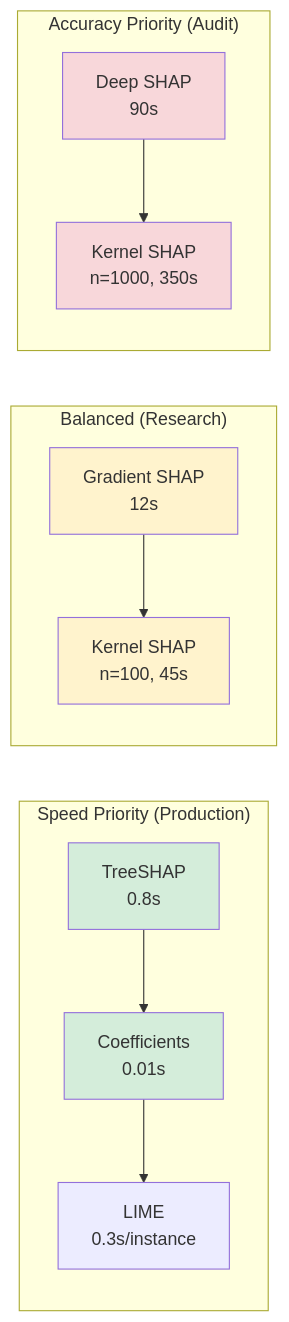
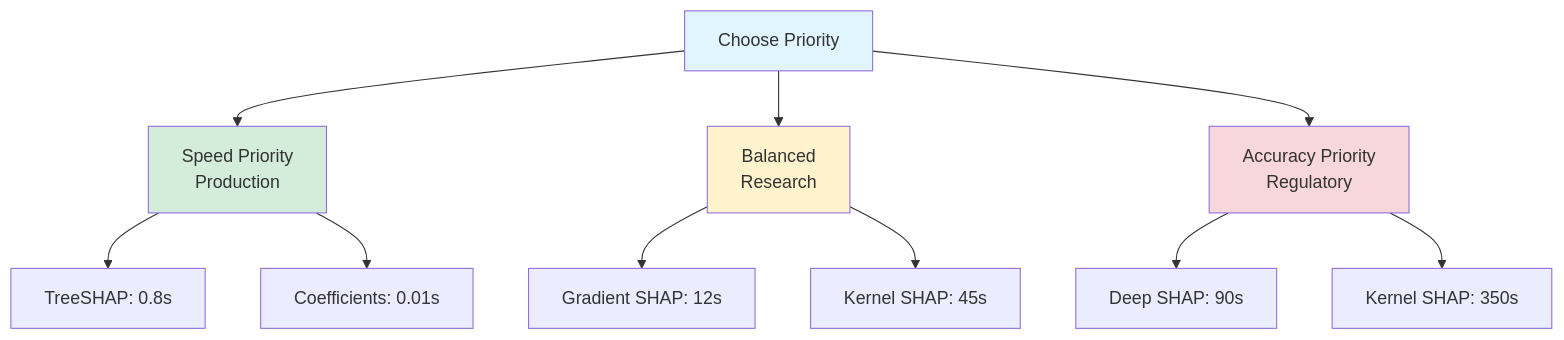
The second of 2 diagrams in site/docs/guides/how-to/choose-explainer.md (asibic/glassalpha), drawn with Mermaid before and after one commit. The commit also changed other lines of this file and 14 other files, not shown here.

````diff
--- a/site/docs/guides/how-to/choose-explainer.md
+++ b/site/docs/guides/how-to/choose-explainer.md
@@ -534,22 +521,22 @@
 ```mermaid
-graph LR
-    subgraph "Speed Priority (Production)"
-        A1[TreeSHAP<br/>0.8s] --> A2[Coefficients<br/>0.01s]
-        A2 --> A3[LIME<br/>0.3s/instance]
-    end
+graph TB
+    Start[Choose Priority]
 
-    subgraph "Balanced (Research)"
-        B1[Gradient SHAP<br/>12s] --> B2[Kernel SHAP<br/>n=100, 45s]
-    end
+    Start --> Speed[Speed Priority<br/>Production]
+    Start --> Balanced[Balanced<br/>Research]
+    Start --> Accuracy[Accuracy Priority<br/>Regulatory]
 
-    subgraph "Accuracy Priority (Audit)"
-        C1[Deep SHAP<br/>90s] --> C2[Kernel SHAP<br/>n=1000, 350s]
-    end
+    Speed --> S1[TreeSHAP: 0.8s]
+    Speed --> S2[Coefficients: 0.01s]
 
-    style A1 fill:#d4edda
-    style A2 fill:#d4edda
-    style B1 fill:#fff3cd
-    style B2 fill:#fff3cd
-    style C1 fill:#f8d7da
-    style C2 fill:#f8d7da
+    Balanced --> B1[Gradient SHAP: 12s]
+    Balanced --> B2[Kernel SHAP: 45s]
+
+    Accuracy --> A1[Deep SHAP: 90s]
+    Accuracy --> A2[Kernel SHAP: 350s]
+
+    style Start fill:#e1f5ff
+    style Speed fill:#d4edda
+    style Balanced fill:#fff3cd
+    style Accuracy fill:#f8d7da
 ```
````
